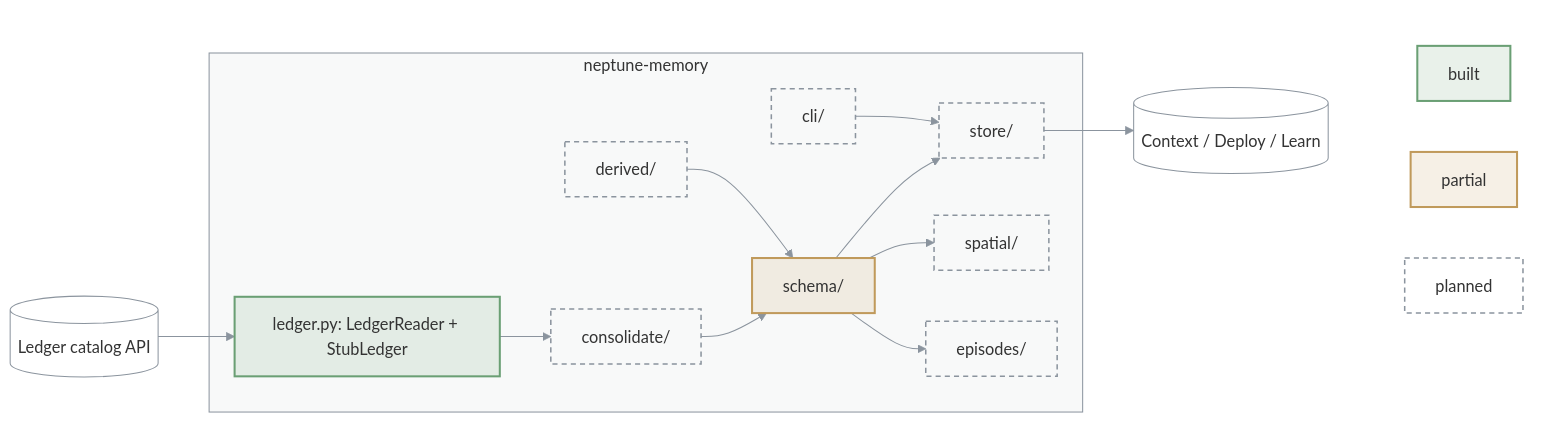
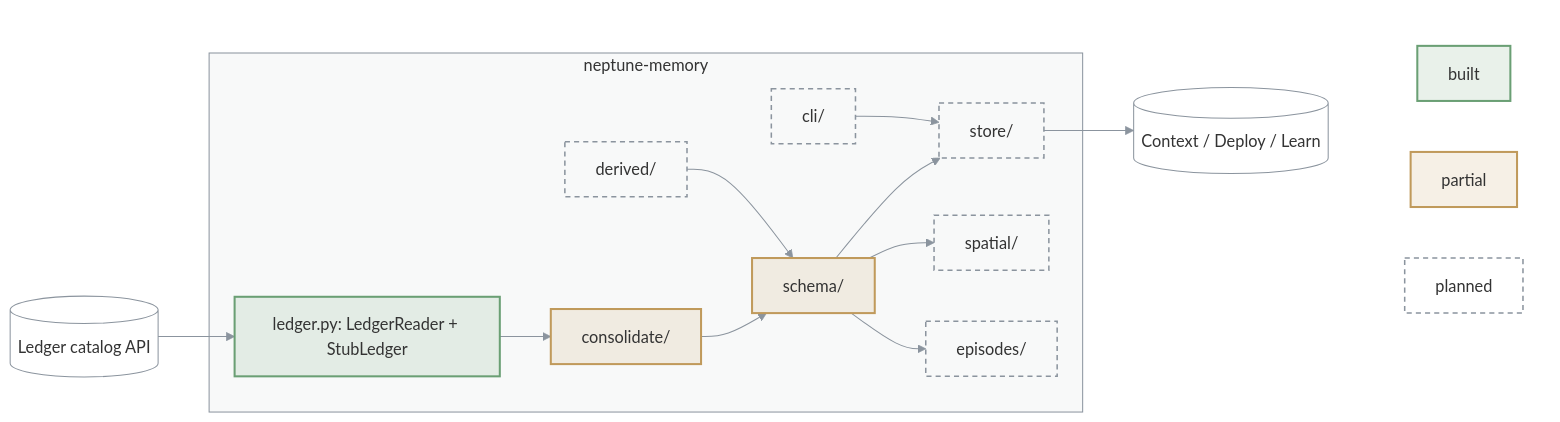
The diagram in packages/neptune-memory/ARCHITECTURE.md (bennytay/neptune), drawn with Mermaid before and after one commit. The commit also changed 9 other files, not shown here.

````diff
--- a/packages/neptune-memory/ARCHITECTURE.md
+++ b/packages/neptune-memory/ARCHITECTURE.md
@@ -3,41 +3,41 @@
 ```mermaid
 flowchart LR
   LED[("Ledger catalog API")]
   subgraph M["neptune-memory"]
     SEAM["ledger.py: LedgerReader + StubLedger"]
     CON["consolidate/"]
     DER["derived/"]
     SCH["schema/"]
     STO["store/"]
     SPA["spatial/"]
     EPI["episodes/"]
     CLI["cli/"]
   end
   OUT[("Context / Deploy / Learn")]
   LED --> SEAM --> CON --> SCH --> STO
   DER --> SCH
   SCH --> SPA & EPI
   STO --> OUT
   CLI --> STO
 
   subgraph KEY[" "]
     K1["built"]
     K2["partial"]
     K3["planned"]
   end
   OUT ~~~ K1 & K2 & K3
 
   classDef built fill:#6a9f7426,stroke:#6a9f74,stroke-width:2px
   classDef partial fill:#c09a5b26,stroke:#c09a5b,stroke-width:2px
   classDef todo fill:none,stroke:#8b949e,stroke-width:1.5px,stroke-dasharray:5 4
   classDef ext fill:none,stroke:#8b949e,stroke-width:1px
   class K1 built
   class K2 partial
-  class CON,DER,STO,SPA,EPI,CLI,K3 todo
-  class SCH partial
+  class DER,STO,SPA,EPI,CLI,K3 todo
+  class CON,SCH partial
   class SEAM built
   class LED,OUT ext
   style M fill:#8b949e0f,stroke:#8b949e
   style KEY fill:none,stroke:none
   linkStyle default stroke:#8b949e
 ```
````
